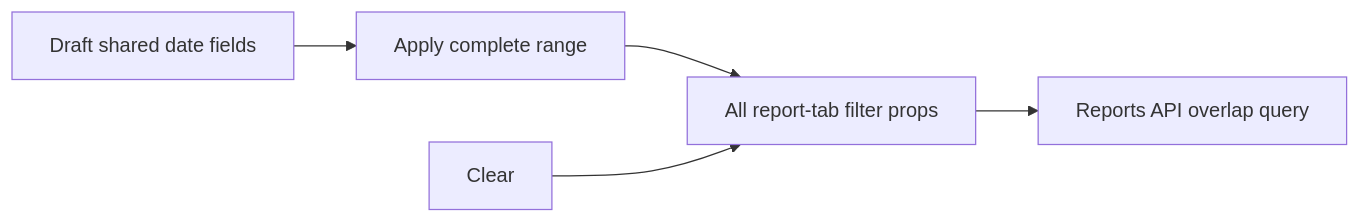
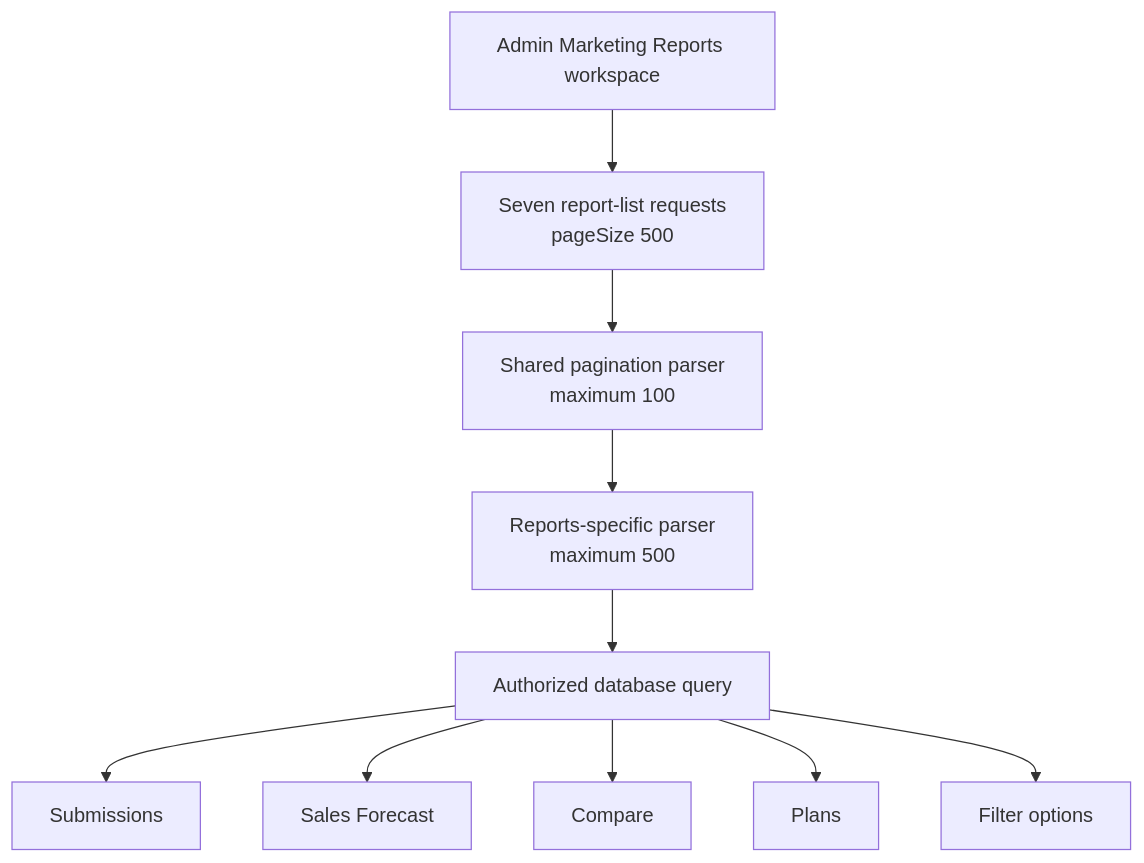
The diagram in docs/features/marketing-reporting/optimization.md (may24fc/sn-connect-app), drawn with Mermaid before and after one commit. The commit also changed other lines of this file and 34 other files, not shown here.

````diff
--- a/docs/features/marketing-reporting/optimization.md
+++ b/docs/features/marketing-reporting/optimization.md
@@ -45,7 +74,12 @@
 ```mermaid
-flowchart LR
-    D[Draft shared date fields] --> A[Apply complete range]
-    A --> P[All report-tab filter props]
-    P --> R[Reports API overlap query]
-    C[Clear] --> P
+flowchart TD
+    W[Admin Marketing Reports workspace] --> Q[Seven report-list requests\npageSize 500]
+    Q --> P[Shared pagination parser\nmaximum 100]
+    P --> R[Reports-specific parser\nmaximum 500]
+    R --> D[Authorized database query]
+    D --> S[Submissions]
+    D --> A[Sales Forecast]
+    D --> C[Compare]
+    D --> L[Plans]
+    D --> F[Filter options]
 ```
````
